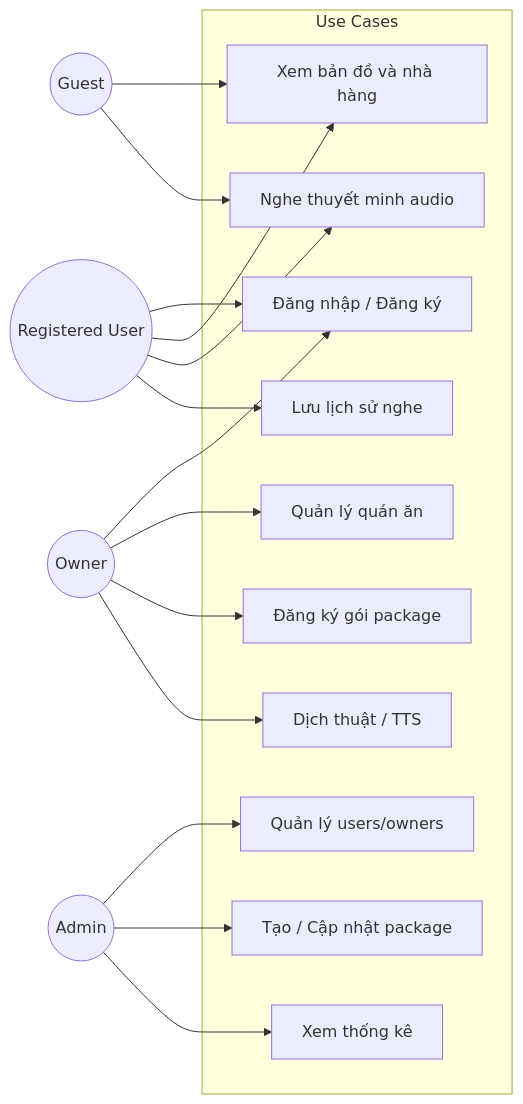
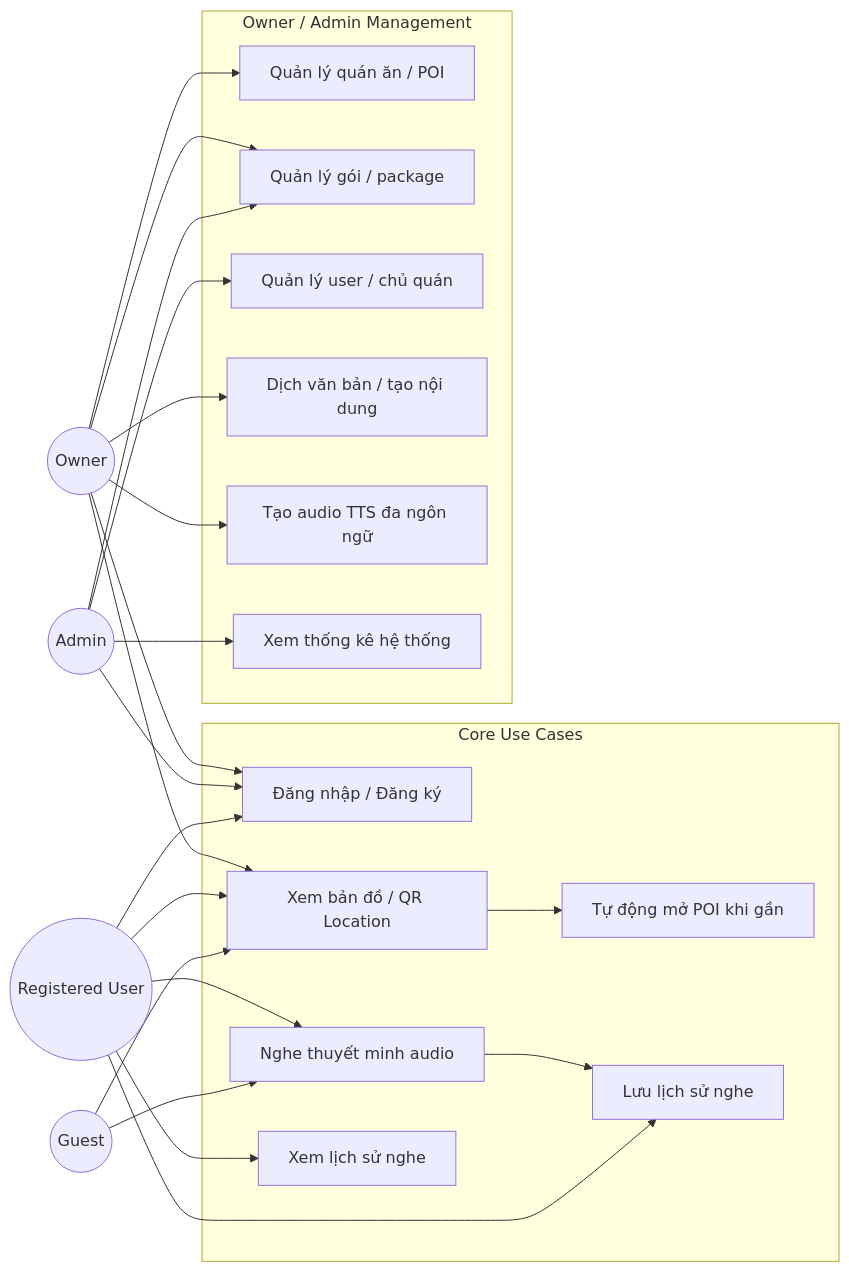
The diagram in vinh_khanh_food-main/vinh_khanh_food-main/diagrams/USE-CASE.md (DuyKhoiCoder30062004/Map-Hoi-An), drawn with Mermaid before and after one commit. The commit also changed 1 other file, not shown here.

Commit message:
Update ERD and Use Case diagrams to reflect actual backend/frontend logic

````diff
--- a/vinh_khanh_food-main/vinh_khanh_food-main/diagrams/USE-CASE.md
+++ b/vinh_khanh_food-main/vinh_khanh_food-main/diagrams/USE-CASE.md
@@ -3,34 +3,46 @@
 ```mermaid
 graph LR
+    Guest((Guest))
+    User((Registered User))
+    Owner((Owner))
     Admin((Admin))
-    Owner((Owner))
-    User((Registered User))
-    Guest((Guest))
 
-    subgraph "Use Cases"
-        Login["Đăng nhập / Đăng ký"]
-        Browse["Xem bản đồ và nhà hàng"]
-        Audio["Nghe thuyết minh audio"]
-        History["Lưu lịch sử nghe"]
-        ManagePOI["Quản lý quán ăn"]
-        Subscribe["Đăng ký gói package"]
-        Translate["Dịch thuật / TTS"]
-        ManageUsers["Quản lý users/owners"]
-        ManagePackage["Tạo / Cập nhật package"]
-        Stats["Xem thống kê"]
+    subgraph "Core Use Cases"
+        Auth["Đăng nhập / Đăng ký"]
+        BrowseMap["Xem bản đồ / QR Location"]
+        PlayAudio["Nghe thuyết minh audio"]
+        AutoNearby["Tự động mở POI khi gần"]
+        SaveHistory["Lưu lịch sử nghe"]
+        ViewHistory["Xem lịch sử nghe"]
     end
 
-    Guest --> Browse
-    Guest --> Audio
-    User --> Login
-    User --> Browse
-    User --> Audio
-    User --> History
-    Owner --> Login
+    subgraph "Owner / Admin Management"
+        ManagePOI["Quản lý quán ăn / POI"]
+        ManagePackages["Quản lý gói / package"]
+        ManageUsers["Quản lý user / chủ quán"]
+        TranslateContent["Dịch văn bản / tạo nội dung"]
+        GenerateAudio["Tạo audio TTS đa ngôn ngữ"]
+        ViewStats["Xem thống kê hệ thống"]
+    end
+
+    Guest --> BrowseMap
+    Guest --> PlayAudio
+    User --> Auth
+    User --> BrowseMap
+    User --> PlayAudio
+    User --> SaveHistory
+    User --> ViewHistory
+    Admin --> Auth
+    Admin --> ManageUsers
+    Admin --> ManagePackages
+    Admin --> ViewStats
+    Owner --> Auth
     Owner --> ManagePOI
-    Owner --> Subscribe
-    Owner --> Translate
-    Admin --> ManageUsers
-    Admin --> ManagePackage
-    Admin --> Stats
+    Owner --> TranslateContent
+    Owner --> GenerateAudio
+    Owner --> ManagePackages
+    Owner --> BrowseMap
+
+    BrowseMap --> AutoNearby
+    PlayAudio --> SaveHistory
 ```
````
